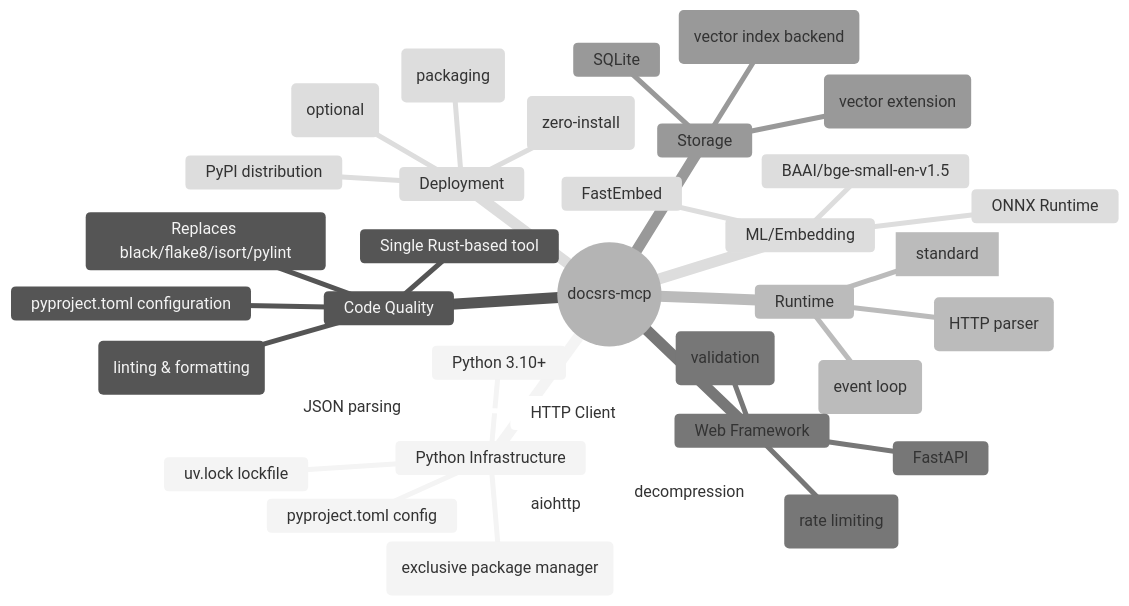
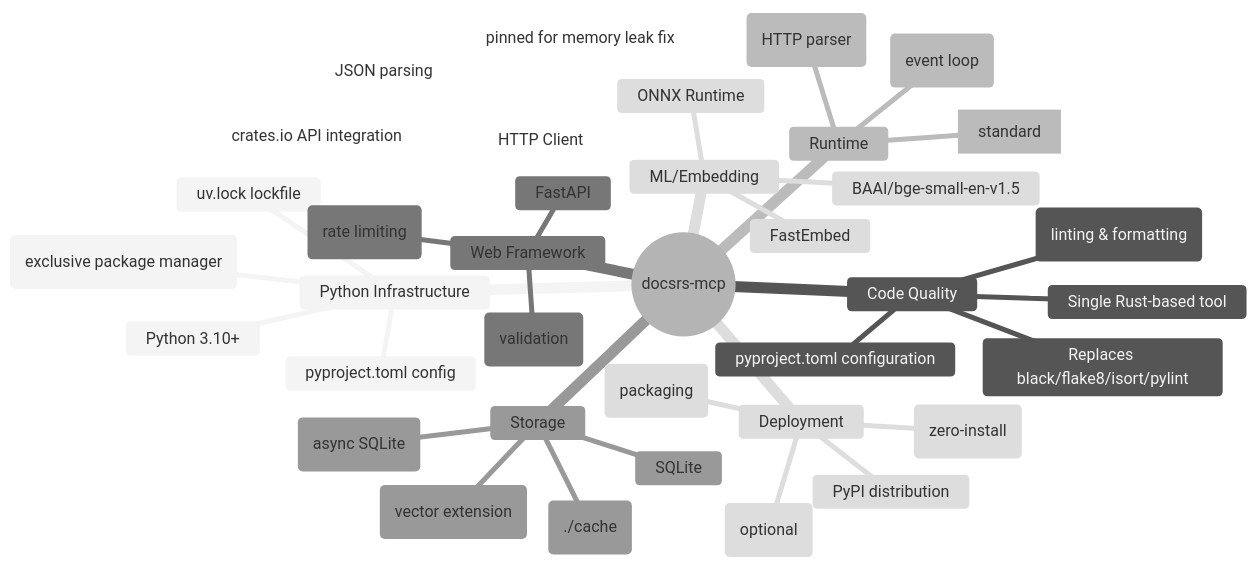
The sixth of 9 diagrams in Architecture.md (RimoVR/docsrs-mcp), drawn with Mermaid (neutral theme) before and after one commit. The commit also changed other lines of this file and 21 other files, not shown here.

````diff
--- a/Architecture.md
+++ b/Architecture.md
@@ -180,46 +174,47 @@
 ```mermaid
 mindmap
   root((docsrs-mcp))
     Python Infrastructure
       uv (exclusive package manager)
       Python 3.10+
       pyproject.toml config
       uv.lock lockfile
       
     Code Quality
       Ruff (linting & formatting)
       Replaces black/flake8/isort/pylint
       Single Rust-based tool
       pyproject.toml configuration
       
     Runtime
       uvicorn[standard]
       uvloop (event loop)
       httptools (HTTP parser)
     
     Web Framework
       FastAPI
       Pydantic (validation)
       slowapi (rate limiting)
       
     Storage
       SQLite
-      sqlite-vss (vector extension)
-      FAISS (vector index backend)
+      sqlite-vec (vector extension)
+      aiosqlite (async SQLite)
+      File-based cache (./cache)
       
     ML/Embedding
       FastEmbed
       ONNX Runtime
       BAAI/bge-small-en-v1.5
       
     HTTP Client
-      aiohttp
-      zstandard (decompression)
+      aiohttp 3.9.5 (pinned for memory leak fix)
       orjson (JSON parsing)
+      crates.io API integration
       
     Deployment
       uvx (zero-install)
       uv build (packaging)
       Docker (optional)
       PyPI distribution
 ```
````
